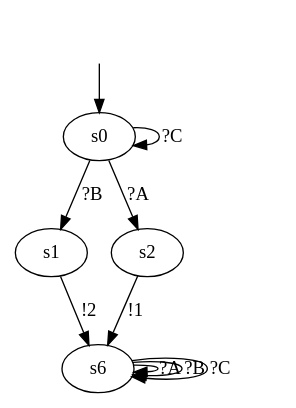
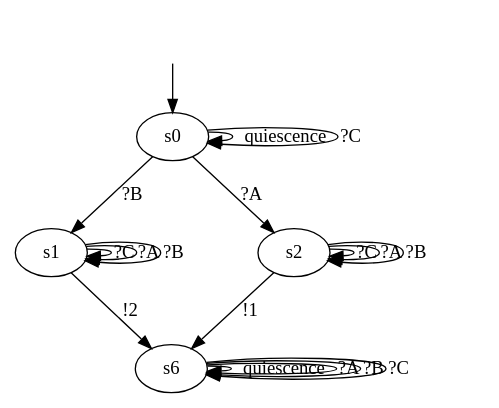
Before and after one commit to haubitzer/AALpy: the diagram in DotModels/Iolts/ioco/09_ioco_P.dot, drawn with Graphviz. The commit also changed 28 other files, not shown here.

```diff
--- a/DotModels/Iolts/ioco/09_ioco_P.dot
+++ b/DotModels/Iolts/ioco/09_ioco_P.dot
@@ -1,16 +1,24 @@
-digraph learnedModel {
+digraph "../../DotModels/Iolts/ioco/09_ioco_P" {
 s0 [label=s0];
 s1 [label=s1];
 s2 [label=s2];
 s6 [label=s6];
+s0 -> s0  [label=quiescence];
 s0 -> s2  [label="?A"];
 s0 -> s1  [label="?B"];
 s0 -> s0  [label="?C"];
 s1 -> s6  [label="!2"];
+s1 -> s1  [label="?C"];
+s1 -> s1  [label="?A"];
+s1 -> s1  [label="?B"];
 s2 -> s6  [label="!1"];
+s2 -> s2  [label="?C"];
+s2 -> s2  [label="?A"];
+s2 -> s2  [label="?B"];
+s6 -> s6  [label=quiescence];
 s6 -> s6  [label="?A"];
 s6 -> s6  [label="?B"];
 s6 -> s6  [label="?C"];
 __start0 [label="", shape=none];
 __start0 -> s0  [label=""];
 }
```
